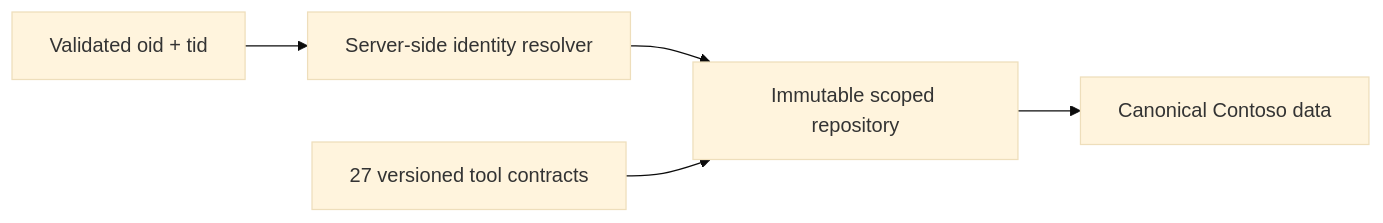
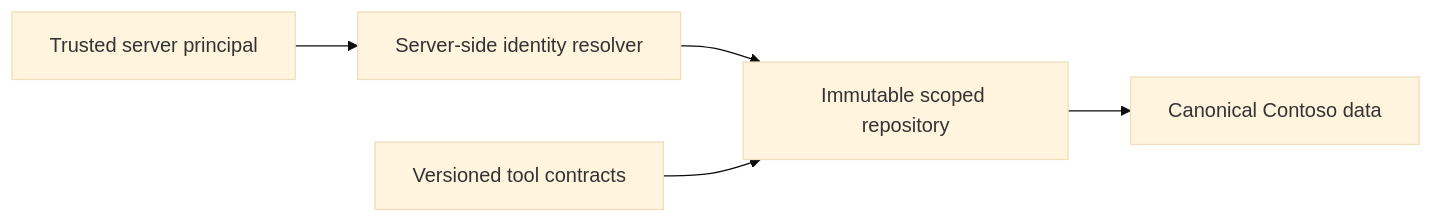
One commit to ericchansen/microsoft-foundry changed the diagram in docs/data/toolbox.md. Above: the diagram before and after it, drawn with Mermaid (base theme). The commit also changed other lines of this file and 8 other files, not shown here.

````diff
--- a/docs/data/toolbox.md
+++ b/docs/data/toolbox.md
@@ -13,11 +18,11 @@
 ```mermaid
 flowchart LR
-    token["Validated oid + tid"]
+    token["Trusted server principal"]
     resolver["Server-side identity resolver"]
     repo["Immutable scoped repository"]
-    tools["27 versioned tool contracts"]
+    tools["Versioned tool contracts"]
     data["Canonical Contoso data"]
 
     token --> resolver --> repo
     tools --> repo --> data
 ```
````
